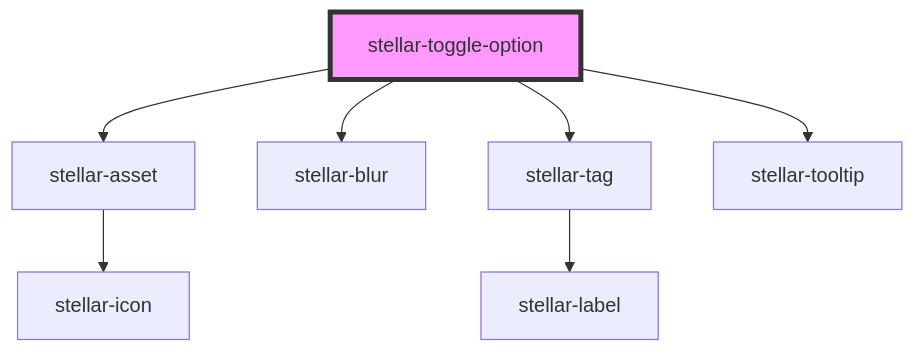
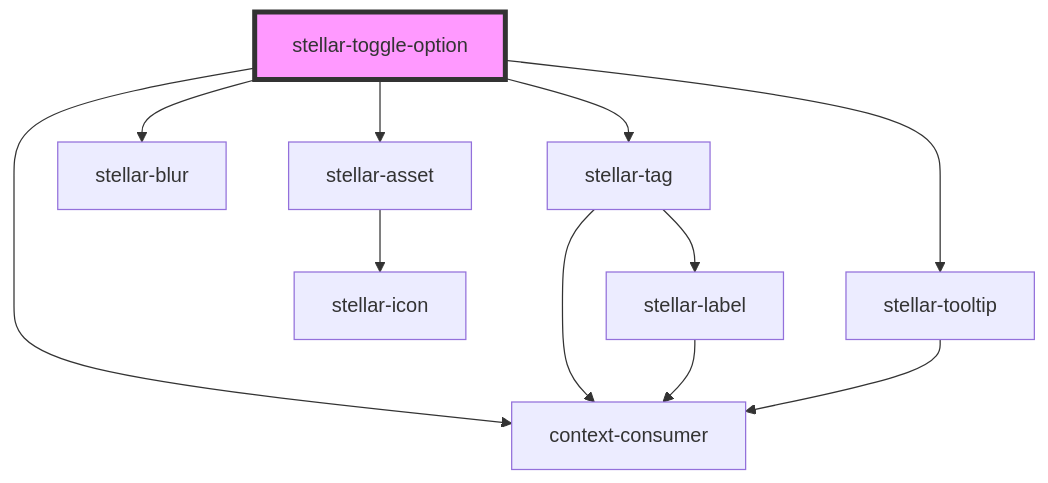
One commit to splitinfinities/Stellar changed the diagram in src/components/forms/toggle-option/readme.md. Above: the diagram before and after it, drawn with Mermaid. The commit also changed other lines of this file and 44 other files, not shown here.

````diff
--- a/src/components/forms/toggle-option/readme.md
+++ b/src/components/forms/toggle-option/readme.md
@@ -69,10 +71,14 @@
 ```mermaid
 graph TD;
   stellar-toggle-option --> stellar-asset
   stellar-toggle-option --> stellar-blur
   stellar-toggle-option --> stellar-tag
   stellar-toggle-option --> stellar-tooltip
+  stellar-toggle-option --> context-consumer
   stellar-asset --> stellar-icon
   stellar-tag --> stellar-label
+  stellar-tag --> context-consumer
+  stellar-label --> context-consumer
+  stellar-tooltip --> context-consumer
   style stellar-toggle-option fill:#f9f,stroke:#333,stroke-width:4px
 ```
````
